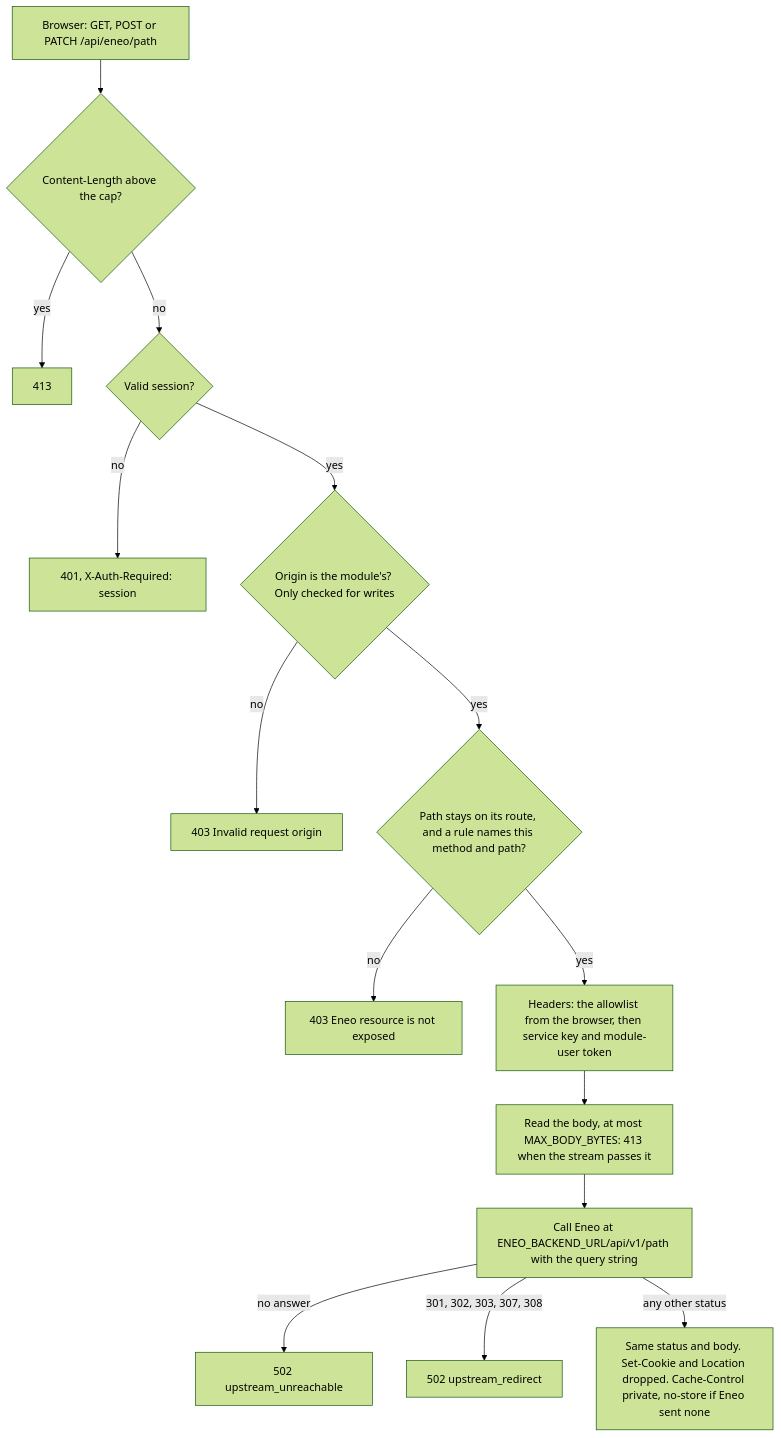
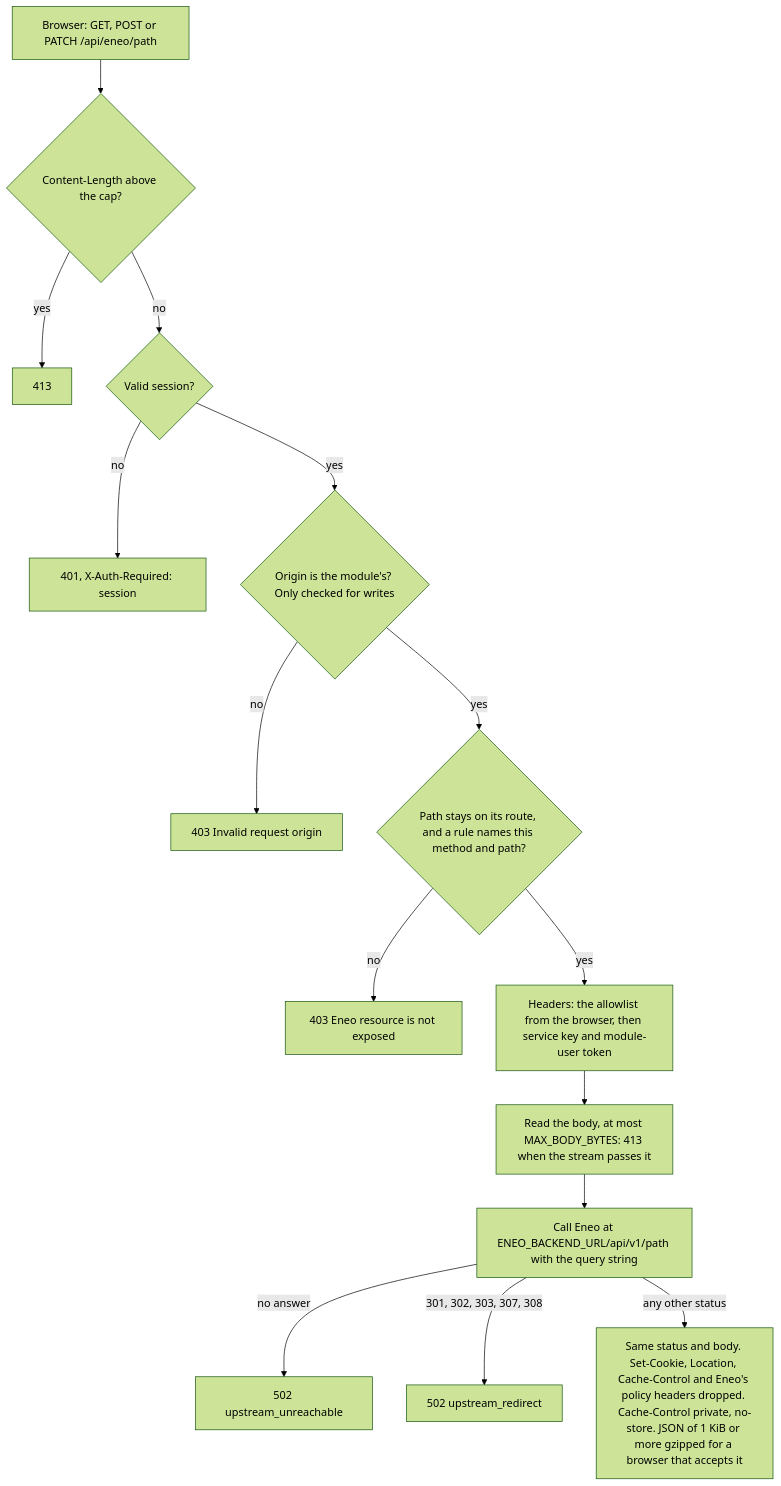
The sixth of 9 diagrams in docs/architecture.md (eneo-ai/eneo-module-kit), drawn with Mermaid (forest theme) before and after one commit. The commit also changed 10 other files, not shown here.

First line of the commit message:
feat(bff): Eneo's caching and policy headers stay with Eneo, /api is no-store, large JSON is gzipped

````diff
--- a/docs/architecture.md
+++ b/docs/architecture.md
@@ -163,17 +163,17 @@
 ```mermaid
 flowchart TB
   r["Browser: GET, POST or PATCH /api/eneo/path"] --> l{"Content-Length above the cap?"}
   l -->|"yes"| e413["413"]
   l -->|"no"| s{"Valid session?"}
   s -->|"no"| e401["401, X-Auth-Required: session"]
   s -->|"yes"| o{"Origin is the module's? Only checked for writes"}
   o -->|"no"| e403a["403 Invalid request origin"]
   o -->|"yes"| a{"Path stays on its route, and a rule names this method and path?"}
   a -->|"no"| e403b["403 Eneo resource is not exposed"]
   a -->|"yes"| h["Headers: the allowlist from the browser, then service key and module-user token"]
   h --> b["Read the body, at most MAX_BODY_BYTES: 413 when the stream passes it"]
   b --> up["Call Eneo at ENEO_BACKEND_URL/api/v1/path with the query string"]
   up -->|"no answer"| e502a["502 upstream_unreachable"]
   up -->|"301, 302, 303, 307, 308"| e502b["502 upstream_redirect"]
-  up -->|"any other status"| resp["Same status and body. Set-Cookie and Location dropped. Cache-Control private, no-store if Eneo sent none"]
+  up -->|"any other status"| resp["Same status and body. Set-Cookie, Location, Cache-Control and Eneo's policy headers dropped. Cache-Control private, no-store. JSON of 1 KiB or more gzipped for a browser that accepts it"]
 ```
````
